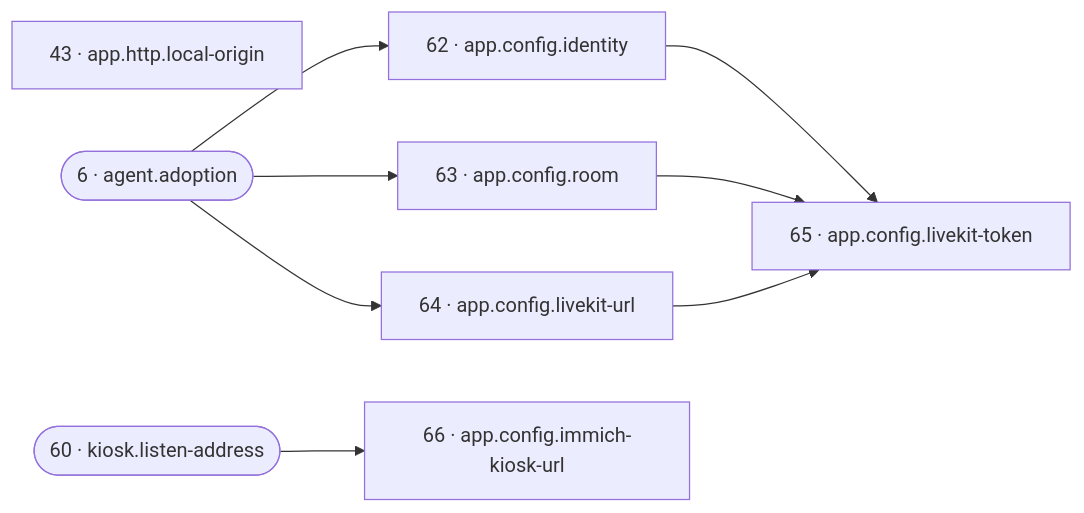
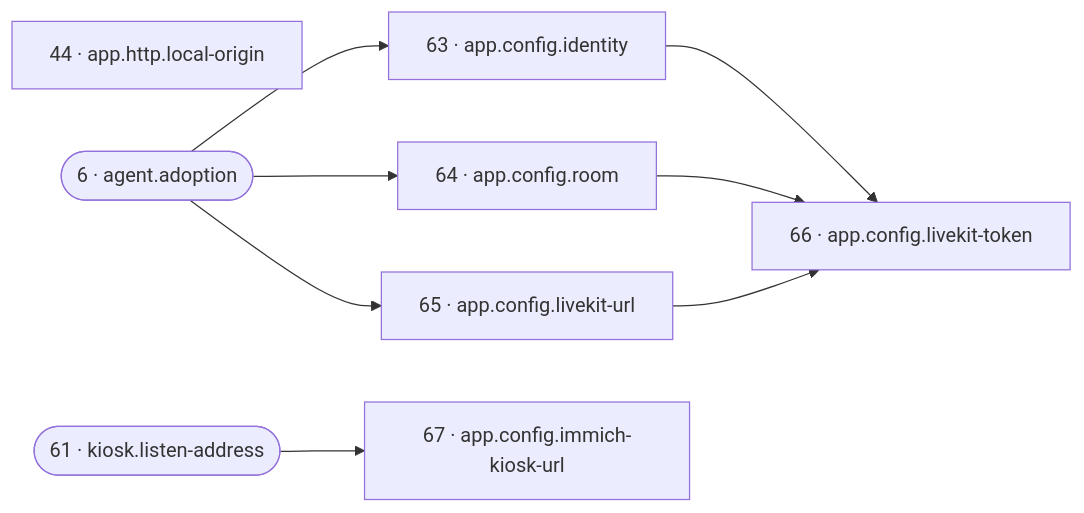
Diagram 14 of 21 in reference/reconcile-dag.md (SixFive7/FrameLink), drawn with Mermaid before and after one commit. The commit also changed other lines of this file and 5 other files, not shown here.

````diff
--- a/reference/reconcile-dag.md
+++ b/reference/reconcile-dag.md
@@ -411,18 +413,18 @@
 ```mermaid
 flowchart LR
-  r43["43 · app.http.local-origin"]
-  r62["62 · app.config.identity"]
-  r63["63 · app.config.room"]
-  r64["64 · app.config.livekit-url"]
-  r65["65 · app.config.livekit-token"]
-  r66["66 · app.config.immich-kiosk-url"]
+  r44["44 · app.http.local-origin"]
+  r63["63 · app.config.identity"]
+  r64["64 · app.config.room"]
+  r65["65 · app.config.livekit-url"]
+  r66["66 · app.config.livekit-token"]
+  r67["67 · app.config.immich-kiosk-url"]
   r6(["6 · agent.adoption"])
-  r60(["60 · kiosk.listen-address"])
-  r6 --> r62
+  r61(["61 · kiosk.listen-address"])
   r6 --> r63
   r6 --> r64
-  r62 --> r65
-  r63 --> r65
-  r64 --> r65
-  r60 --> r66
+  r6 --> r65
+  r63 --> r66
+  r64 --> r66
+  r65 --> r66
+  r61 --> r67
 ```
````
